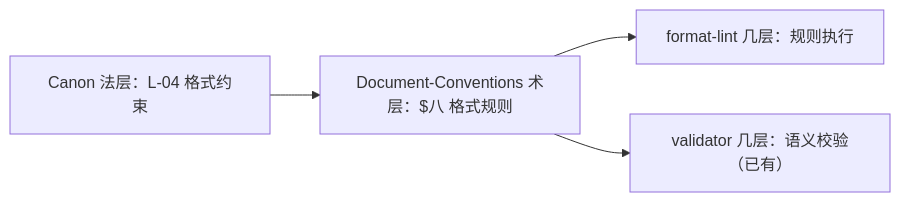
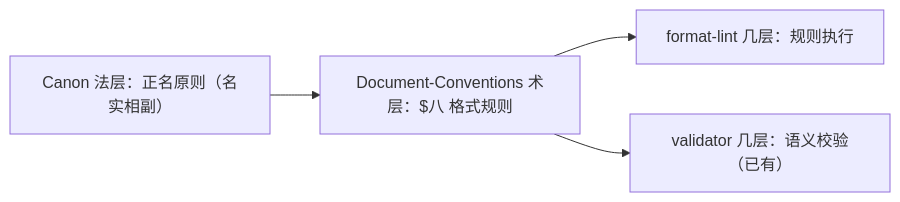
The diagram in docs/proposals/260616-1900-format-lint-proposal.sih.md (sgmov/sihankor), drawn with Mermaid before and after one commit. The commit also changed other lines of this file, not shown here.

````diff
--- a/docs/proposals/260616-1900-format-lint-proposal.sih.md
+++ b/docs/proposals/260616-1900-format-lint-proposal.sih.md
@@ -18,6 +18,6 @@
 ```mermaid
 flowchart LR
-    Canon["Canon 法层：L-04 格式约束"] --> Conv["Document-Conventions 术层：$八 格式规则"]
+    Canon["Canon 法层：正名原则（名实相副）"] --> Conv["Document-Conventions 术层：$八 格式规则"]
     Conv --> FormatLint["format-lint 几层：规则执行"]
     Conv --> Validator["validator 几层：语义校验（已有）"]
 ```
````
